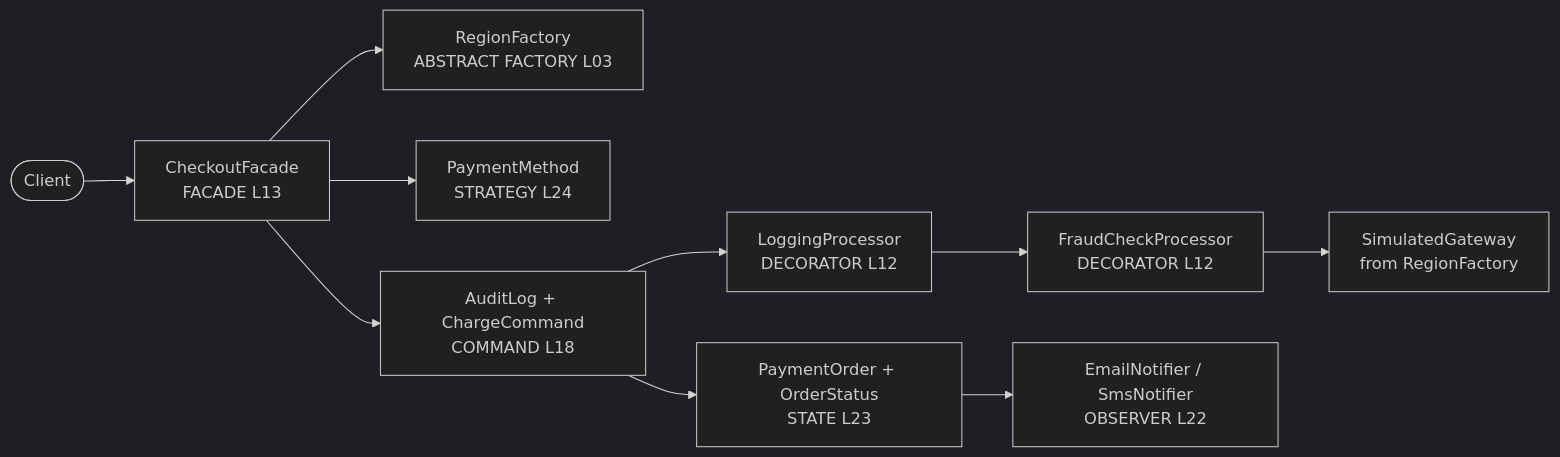
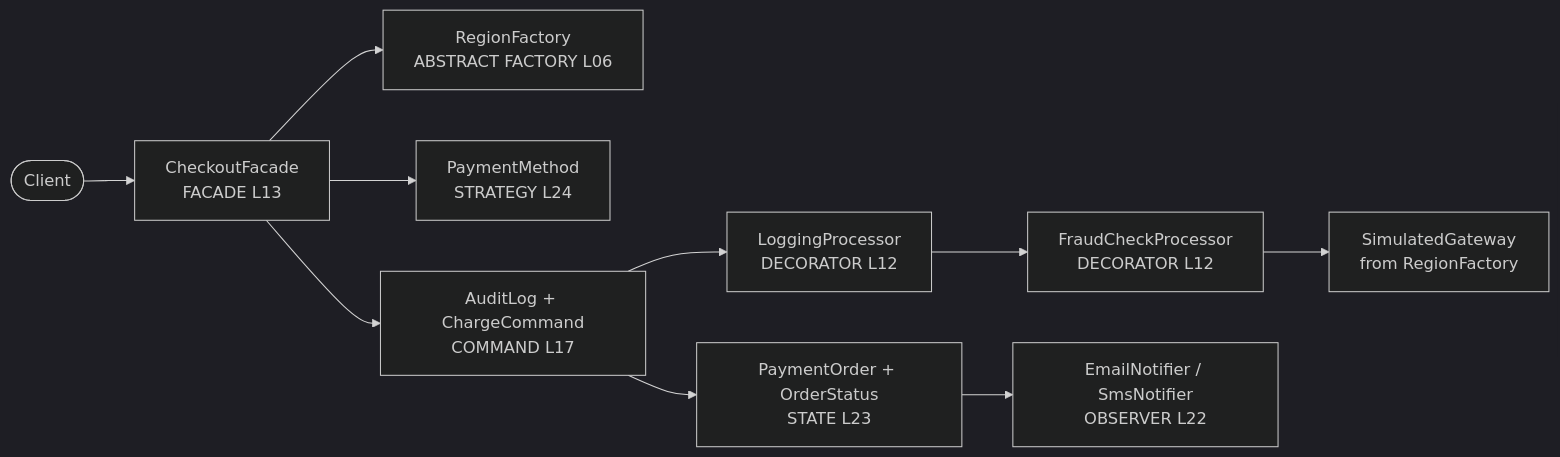
One commit to itgreenzone/Design_Patterns_With_Java changed the diagram in src/main/java/com/itgreenzone/patterns/capstone/README.md. Above: the diagram before and after it, drawn with Mermaid (dark theme). The commit also changed other lines of this file and 3 other files, not shown here.

````diff
--- a/src/main/java/com/itgreenzone/patterns/capstone/README.md
+++ b/src/main/java/com/itgreenzone/patterns/capstone/README.md
@@ -13,12 +13,12 @@
 ```mermaid
 flowchart LR
     Client([Client]) --> F["CheckoutFacade<br/>FACADE L13"]
-    F --> RF["RegionFactory<br/>ABSTRACT FACTORY L03"]
+    F --> RF["RegionFactory<br/>ABSTRACT FACTORY L06"]
     F --> PM["PaymentMethod<br/>STRATEGY L24"]
-    F --> AL["AuditLog + ChargeCommand<br/>COMMAND L18"]
+    F --> AL["AuditLog + ChargeCommand<br/>COMMAND L17"]
     AL --> LP["LoggingProcessor<br/>DECORATOR L12"]
     LP --> FP["FraudCheckProcessor<br/>DECORATOR L12"]
     FP --> GW["SimulatedGateway<br/>from RegionFactory"]
     AL --> PO["PaymentOrder + OrderStatus<br/>STATE L23"]
     PO --> N["EmailNotifier / SmsNotifier<br/>OBSERVER L22"]
 ```
````
